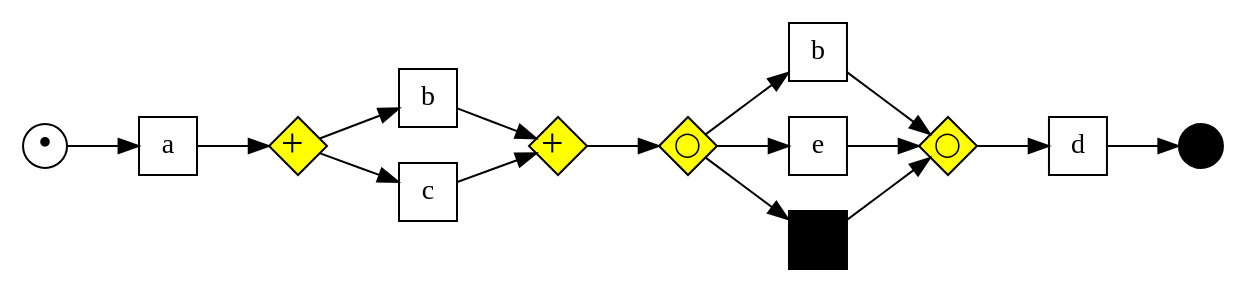
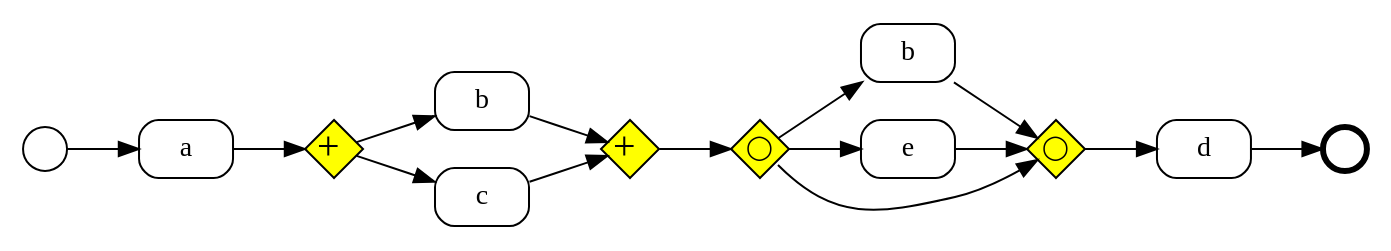
The diagram in PracaInzynierskaTex/model-metrics.gv (psm8/automated-business-process-discovery), drawn with Graphviz before and after one commit. The commit also changed 12 other files, not shown here.

```diff
--- a/PracaInzynierskaTex/model-metrics.gv
+++ b/PracaInzynierskaTex/model-metrics.gv
@@ -1,40 +1,39 @@
 digraph G {
   rankdir=LR;
   subgraph place {
     node [shape=circle,fixedsize=true,label="",height=.3,width=.3];
-    in [label="&bull;", fontsize=20];
-    out [style=filled,fillcolor=black];
+    in;
+    out[penwidth=3];
   }
   subgraph xorgate {
     node [shape=diamond,fixedsize=true,width=.4,height=.4,label=<&#x2715;>,fontsize=12,style=filled,fillcolor=yellow]
   }
   subgraph andgate {
   node [shape=diamond,fixedsize=true,width=.4,height=.4 label=<&#43;>,fontsize=20,style=filled,fillcolor=yellow]
     a1;a2;
   }
   subgraph optgate {
     node [shape=diamond,fixedsize=true,width=.4,height=.4,label=<&#9711;>,fontsize=12,style=filled,fillcolor=yellow]
     o1;o2;
   }
   subgraph transitions {
-    node [shape=rect,height=0.4,width=.4];
+    node [shape=Mrecord,height=0.4,width=.65];
     a; ba [label ="b"]; bb [label ="b"]; c; d; e
   }
   subgraph skip {
     node [shape=rect,label="",height=0.4,width=.4,style=filled,fillcolor=black];
-    s1;
   }
 
   # align horizontally
   {edge [weight=1]; a;d}
 
   in->a->a1; 
   a1->ba->a2;
   a1->c->a2;
   a2->o1
   o1->bb->o2;
   o1->e->o2;
-  o1->s1->o2;
+  o1:se->o2;
   o2->d->out
   # align vertically
 }
```
